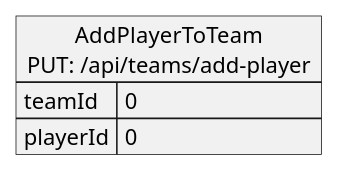
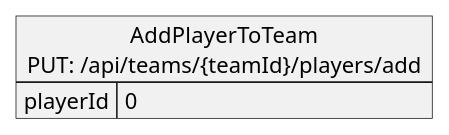
The diagram in docs/JSON Contracts/Requests/AddPlayerToTeam.puml (JKMN-Projects/TeamTactics), drawn with PlantUML before and after one commit. The commit also changed 16 other files, not shown here.

```diff
--- a/docs/JSON Contracts/Requests/AddPlayerToTeam.puml
+++ b/docs/JSON Contracts/Requests/AddPlayerToTeam.puml
@@ -1,8 +1,7 @@
 @startuml Add player to team request
 
-json "AddPlayerToTeam\nPUT: /api/teams/add-player" as addPlayerToTeamRequest {
-    "teamId": 0,
+json "AddPlayerToTeam\nPUT: /api/teams/{teamId}/players/add" as addPlayerToTeamRequest {
     "playerId": 0
 }
 
 @enduml
```
